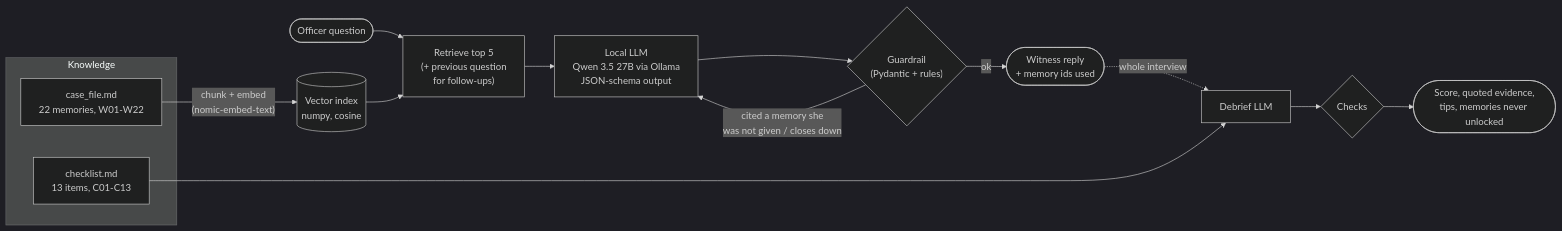
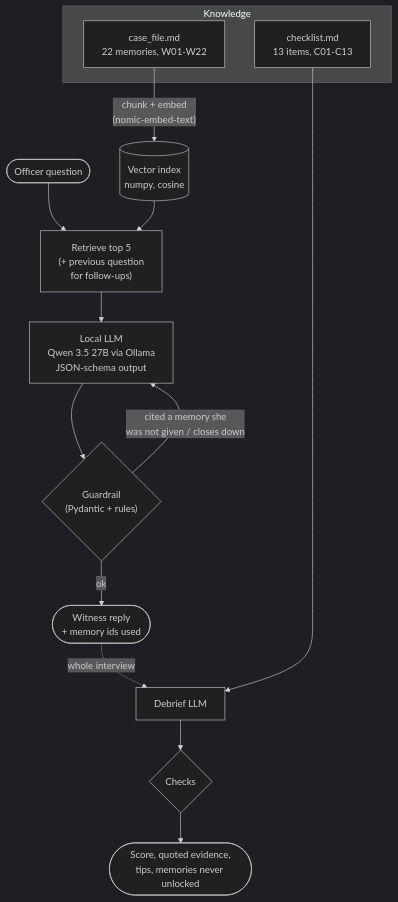
The first of 2 diagrams in README.md (mert5961/GetuigeTerPlaatse), drawn with Mermaid (dark theme) before and after one commit.

Commit message:
README: vertical architecture diagram

````diff
--- a/README.md
+++ b/README.md
@@ -25,20 +25,20 @@
 ```mermaid
-flowchart LR
+flowchart TD
     subgraph Knowledge
         CF["case_file.md<br/>22 memories, W01-W22"]
         CL["checklist.md<br/>13 items, C01-C13"]
     end
     CF -- "chunk + embed<br/>(nomic-embed-text)" --> IDX[("Vector index<br/>numpy, cosine")]
 
     Q(["Officer question"]) --> R["Retrieve top 5<br/>(+ previous question<br/>for follow-ups)"]
     IDX --> R
     R --> LLM["Local LLM<br/>Qwen 3.5 27B via Ollama<br/>JSON-schema output"]
     LLM --> G{"Guardrail<br/>(Pydantic + rules)"}
     G -- "cited a memory she<br/>was not given / closes down" --> LLM
     G -- ok --> A(["Witness reply<br/>+ memory ids used"])
 
     A -.->|whole interview| D["Debrief LLM"]
     CL --> D
     D --> V{"Checks"}
     V --> DB(["Score, quoted evidence,<br/>tips, memories never unlocked"])
 ```
````
